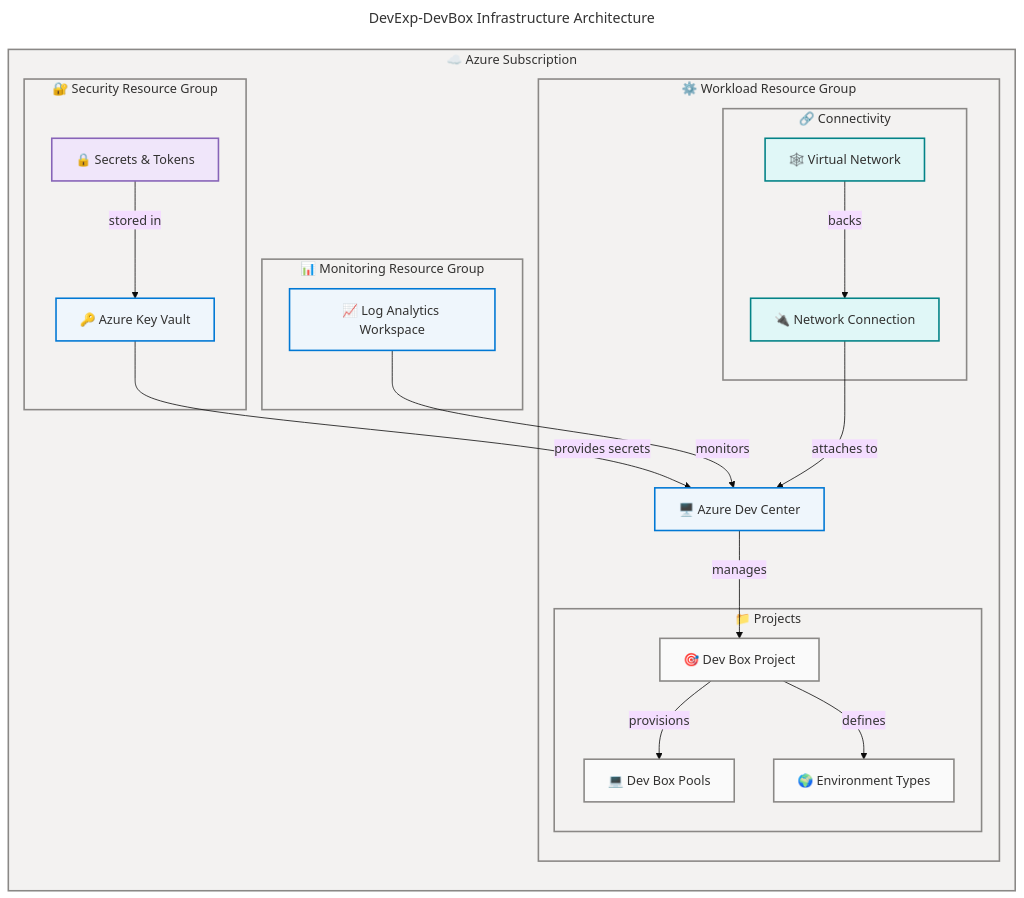
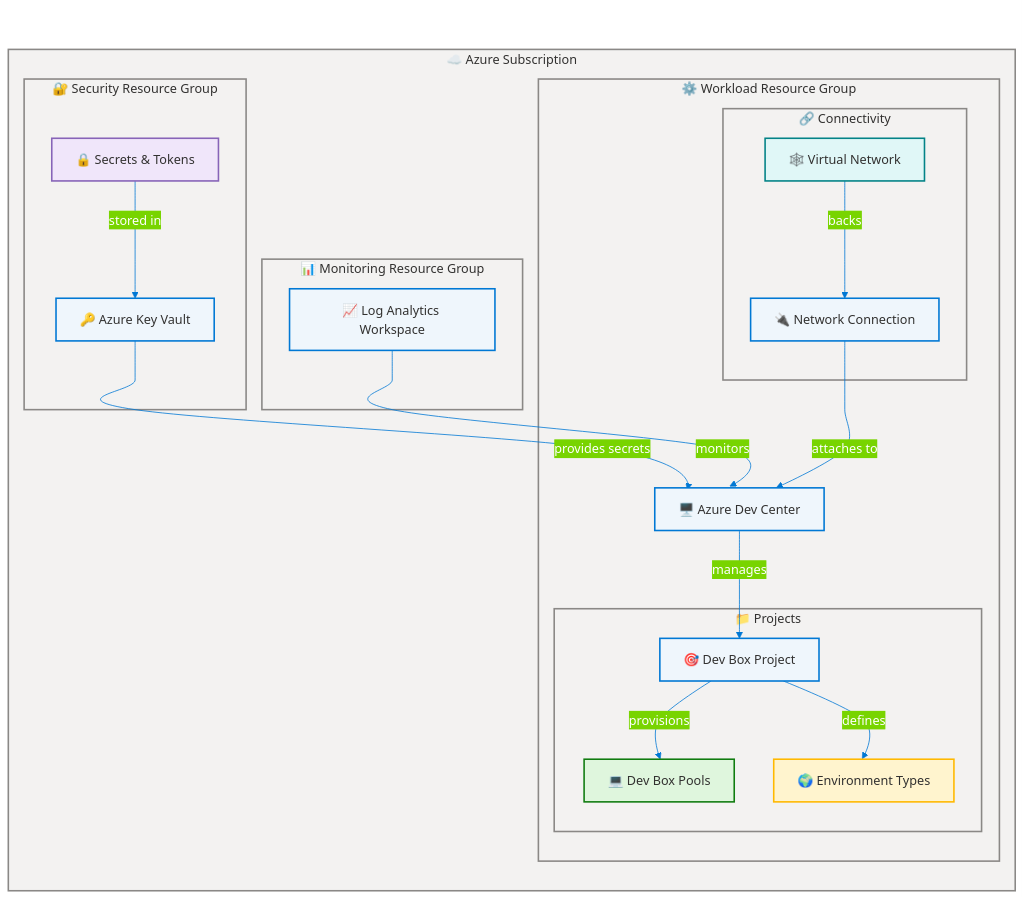
One commit to Evilazaro/DevExp-DevBox changed the diagram in README.md. Above: the diagram before and after it, drawn with Mermaid.

Commit message:
docs: update README.md with enhanced flowchart styling and improved infrastructure description

````diff
--- a/README.md
+++ b/README.md
@@ -64,10 +64,16 @@
   layout: dagre
   flowchart:
     htmlLabels: true
+    curve: cardinal
+  themeVariables:
+    primaryColor: '#0078D4'
+    primaryBorderColor: '#106EBE'
+    primaryTextColor: '#FFFFFF'
+    lineColor: '#0078D4'
 ---
 flowchart TB
     accTitle: DevExp-DevBox Infrastructure Architecture
-    accDescr: Azure subscription-scoped infrastructure with Security, Monitoring, and Workload landing zones. Dev Center consumes Key Vault secrets and Log Analytics telemetry, manages role-specific Dev Box pools through YAML-configured projects, and attaches to project-level virtual networks via network connections.
+    accDescr: Azure Dev Box infrastructure across Security, Monitoring, and Workload zones with Key Vault, Log Analytics, and Dev Center.
 
     %% ═══════════════════════════════════════════════════════════════════════════
     %% AZURE / FLUENT ARCHITECTURE PATTERN v1.1
@@ -96,14 +102,14 @@
             dc["🖥️ Azure Dev Center"]:::core
 
             subgraph proj["📁 Projects"]
-                p1["🎯 Dev Box Project"]:::neutral
-                pools["💻 Dev Box Pools"]:::neutral
-                envt["🌍 Environment Types"]:::neutral
+                p1["🎯 Dev Box Project"]:::core
+                pools["💻 Dev Box Pools"]:::success
+                envt["🌍 Environment Types"]:::warning
             end
 
             subgraph netg["🔗 Connectivity"]
                 vnet["🕸️ Virtual Network"]:::external
-                nc["🔌 Network Connection"]:::external
+                nc["🔌 Network Connection"]:::core
             end
         end
     end
@@ -117,16 +123,18 @@
     vnet -->|"backs"| nc
     nc -->|"attaches to"| dc
 
-    style sub  fill:#F3F2F1,stroke:#8A8886,stroke-width:2px,color:#323130
+    style sub   fill:#F3F2F1,stroke:#8A8886,stroke-width:2px,color:#323130
     style secRG fill:#F3F2F1,stroke:#8A8886,stroke-width:2px,color:#323130
     style monRG fill:#F3F2F1,stroke:#8A8886,stroke-width:2px,color:#323130
     style wrkRG fill:#F3F2F1,stroke:#8A8886,stroke-width:2px,color:#323130
     style proj  fill:#F3F2F1,stroke:#8A8886,stroke-width:2px,color:#323130
     style netg  fill:#F3F2F1,stroke:#8A8886,stroke-width:2px,color:#323130
 
-    %% Centralized semantic classDefs (Phase 5 compliant)
+    %% Centralized semantic classDefs — neutral-first, 5 semantic classes (Phase 5 compliant)
     classDef neutral  fill:#FAFAFA,stroke:#8A8886,stroke-width:2px,color:#323130
     classDef core     fill:#EFF6FC,stroke:#0078D4,stroke-width:2px,color:#323130
+    classDef success  fill:#DFF6DD,stroke:#107C10,stroke-width:2px,color:#323130
+    classDef warning  fill:#FFF4CE,stroke:#FFB900,stroke-width:2px,color:#323130
     classDef data     fill:#F0E6FA,stroke:#8764B8,stroke-width:2px,color:#323130
     classDef external fill:#E0F7F7,stroke:#038387,stroke-width:2px,color:#323130
 ```
````
